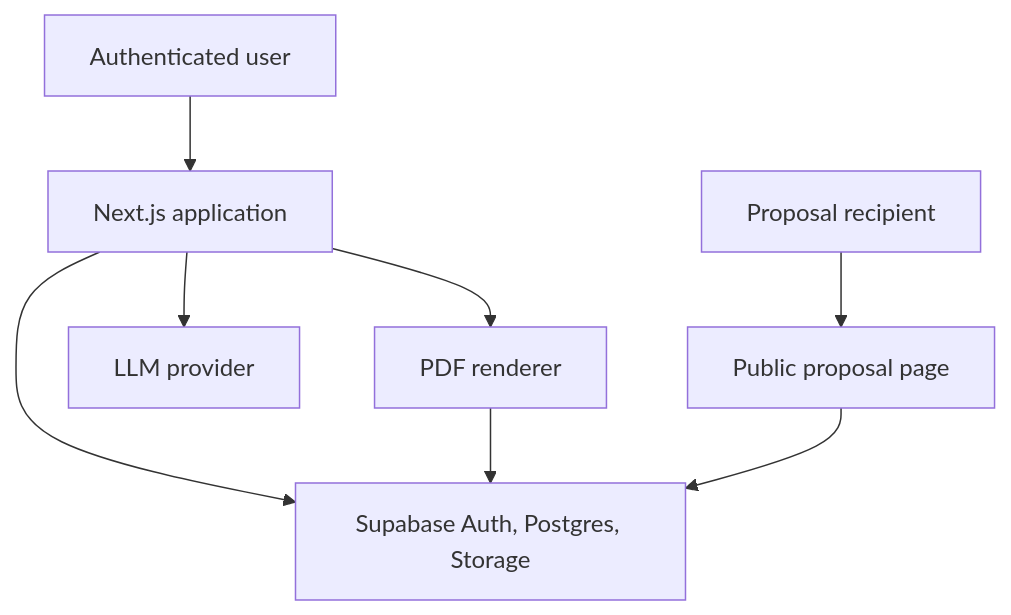
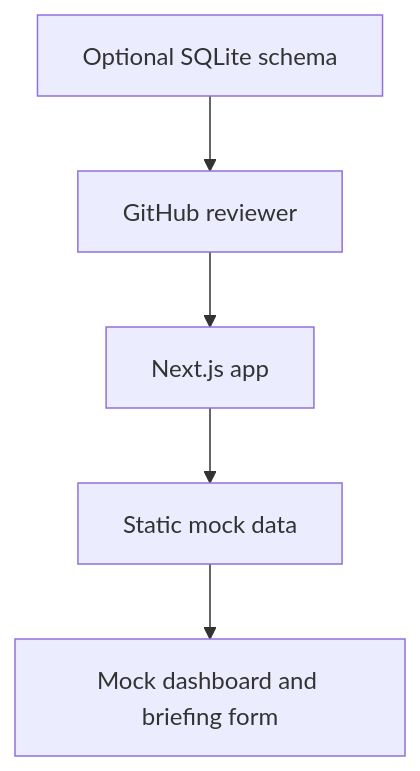
The first of 2 diagrams in docs/ARCHITECTURE.md (vetlucasmartins/ProposalForge), drawn with Mermaid before and after one commit. The commit also changed other lines of this file and 21 other files, not shown here.

````diff
--- a/docs/ARCHITECTURE.md
+++ b/docs/ARCHITECTURE.md
@@ -20,10 +20,7 @@
 ```mermaid
 flowchart TD
-    User["Authenticated user"] --> App["Next.js application"]
-    Client["Proposal recipient"] --> PublicPage["Public proposal page"]
-    App --> Supabase["Supabase Auth, Postgres, Storage"]
-    App --> LLM["LLM provider"]
-    App --> PDF["PDF renderer"]
-    PublicPage --> Supabase
-    PDF --> Supabase
+    Reviewer["GitHub reviewer"] --> App["Next.js app"]
+    App --> MockData["Static mock data"]
+    MockData --> UI["Mock dashboard and briefing form"]
+    SQLite["Optional SQLite schema"] --> Reviewer
 ```
````
